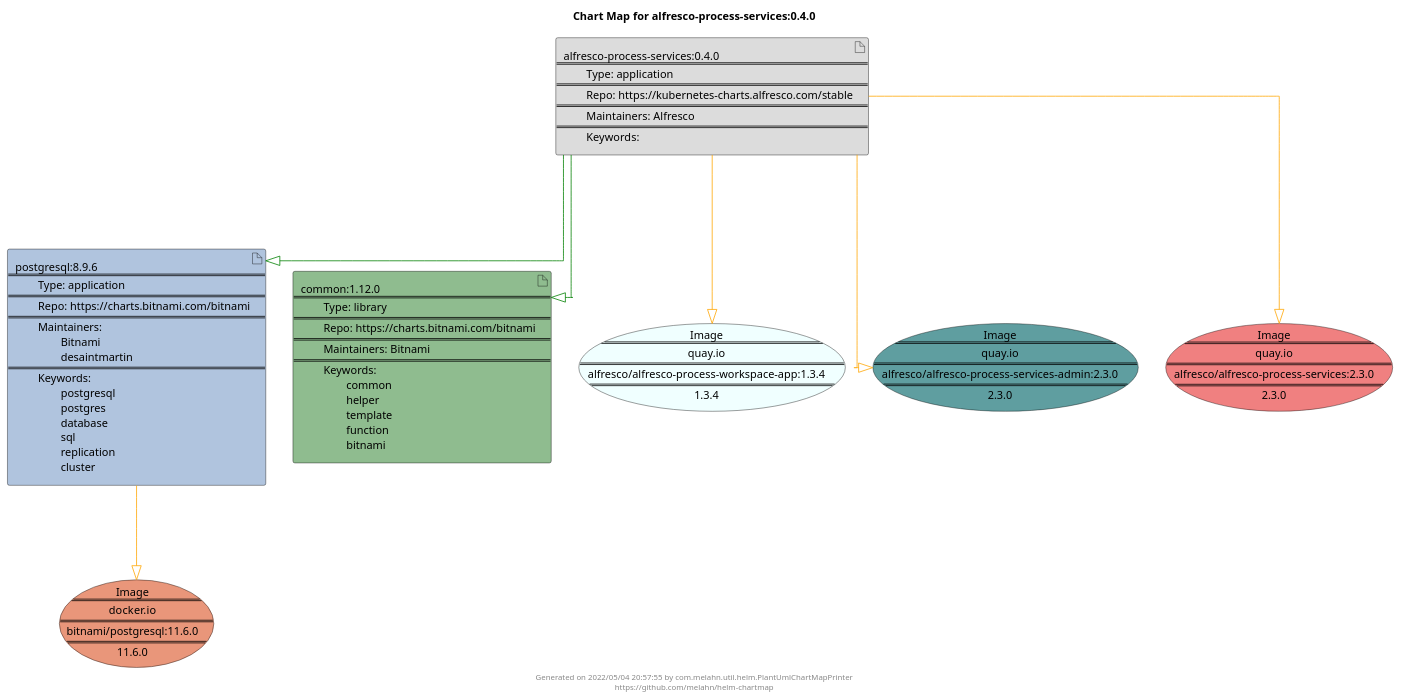
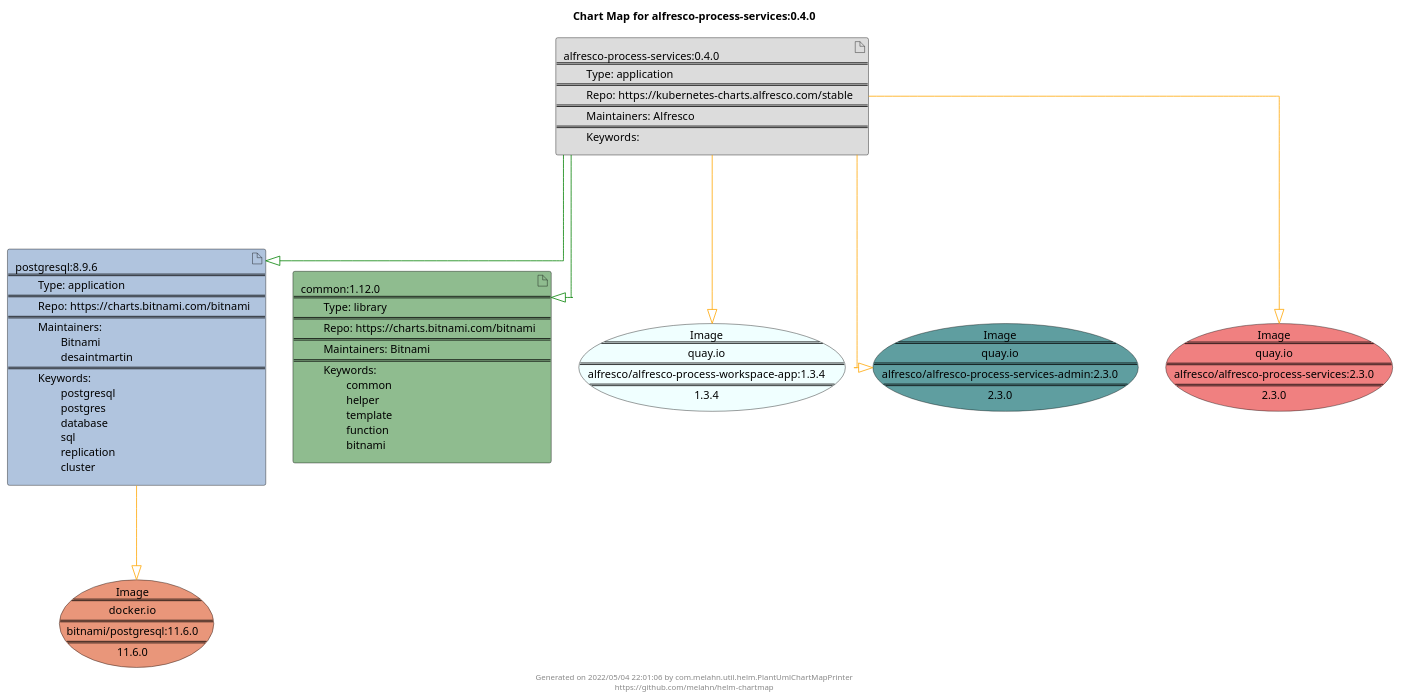
The diagram in docs/alfresco-process-services/alfresco-process-services-0.4.0.puml (melahn/helm-chartmap), drawn with PlantUML before and after one commit. The commit also changed 63 other files, not shown here.

Commit message:
Update Example Chart Maps as part of GitHub build

```diff
--- a/docs/alfresco-process-services/alfresco-process-services-0.4.0.puml
+++ b/docs/alfresco-process-services/alfresco-process-services-0.4.0.puml
@@ -1,31 +1,31 @@
 @startuml
 skinparam linetype ortho
 skinparam backgroundColor white
 skinparam usecaseBorderColor black
 skinparam usecaseArrowColor LightSlateGray
 skinparam artifactBorderColor black
 skinparam artifactArrowColor LightSlateGray
 
 title Chart Map for alfresco-process-services:0.4.0
 
 'There are 3 referenced Helm Charts
 artifact "alfresco-process-services:0.4.0\n====\n\tType: application\n====\n\tRepo: https://kubernetes-charts.alfresco.com/stable\n====\n\tMaintainers: Alfresco\n====\n\tKeywords: " as alfresco_process_services_0_4_0 #Gainsboro
 artifact "postgresql:8.9.6\n====\n\tType: application\n====\n\tRepo: https://charts.bitnami.com/bitnami\n====\n\tMaintainers: \n\t\tBitnami\n\t\tdesaintmartin\n====\n\tKeywords: \n\t\tpostgresql\n\t\tpostgres\n\t\tdatabase\n\t\tsql\n\t\treplication\n\t\tcluster" as postgresql_8_9_6 #LightSteelBlue
 artifact "common:1.12.0\n====\n\tType: library\n====\n\tRepo: https://charts.bitnami.com/bitnami\n====\n\tMaintainers: Bitnami\n====\n\tKeywords: \n\t\tcommon\n\t\thelper\n\t\ttemplate\n\t\tfunction\n\t\tbitnami" as common_1_12_0 #DarkSeaGreen
 
 'There are 4 referenced Docker Images
 usecase "Image\n====\nquay.io\n====\nalfresco/alfresco-process-workspace-app:1.3.4\n====\n1.3.4" as quay_io_alfresco_alfresco_process_workspace_app_1_3_4 #Azure
 usecase "Image\n====\nquay.io\n====\nalfresco/alfresco-process-services-admin:2.3.0\n====\n2.3.0" as quay_io_alfresco_alfresco_process_services_admin_2_3_0 #CadetBlue
 usecase "Image\n====\ndocker.io\n====\nbitnami/postgresql:11.6.0\n====\n11.6.0" as docker_io_bitnami_postgresql_11_6_0 #DarkSalmon
 usecase "Image\n====\nquay.io\n====\nalfresco/alfresco-process-services:2.3.0\n====\n2.3.0" as quay_io_alfresco_alfresco_process_services_2_3_0 #LightCoral
 
 'Chart Dependencies
+alfresco_process_services_0_4_0--[#green]-|>common_1_12_0
 alfresco_process_services_0_4_0--[#green]-|>postgresql_8_9_6
-alfresco_process_services_0_4_0--[#green]-|>common_1_12_0
 alfresco_process_services_0_4_0--[#orange]-|>quay_io_alfresco_alfresco_process_services_admin_2_3_0
 alfresco_process_services_0_4_0--[#orange]-|>quay_io_alfresco_alfresco_process_workspace_app_1_3_4
 alfresco_process_services_0_4_0--[#orange]-|>quay_io_alfresco_alfresco_process_services_2_3_0
 postgresql_8_9_6--[#orange]-|>docker_io_bitnami_postgresql_11_6_0
 
-center footer Generated on 2022/05/04 20:57:55 by com.melahn.util.helm.PlantUmlChartMapPrinter\nhttps://github.com/melahn/helm-chartmap
+center footer Generated on 2022/05/04 22:01:06 by com.melahn.util.helm.PlantUmlChartMapPrinter\nhttps://github.com/melahn/helm-chartmap
 @enduml
```
